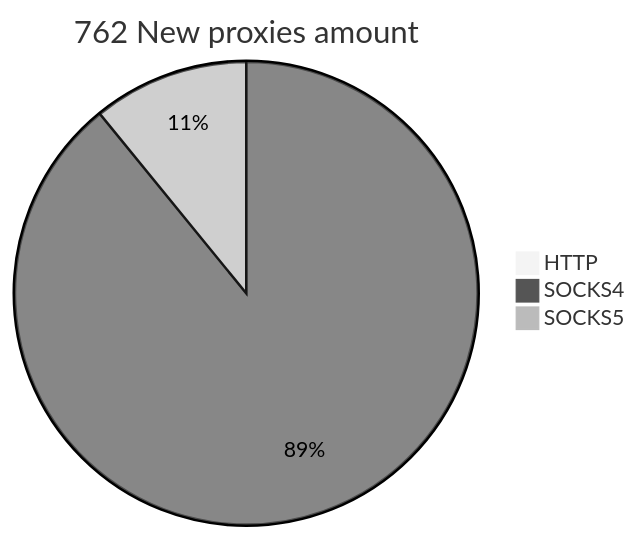
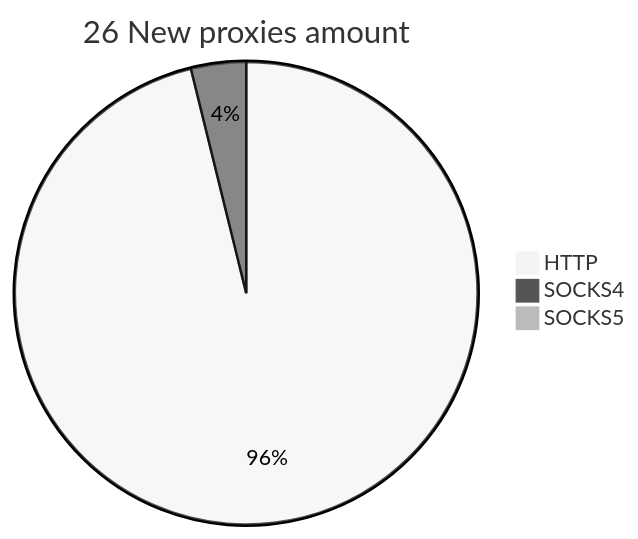
Before and after one commit to cutipu/proxylist: the second of 2 diagrams in README.md, drawn with Mermaid (neutral theme). The commit also changed other lines of this file, not shown here.

````diff
--- a/README.md
+++ b/README.md
@@ -10,6 +10,6 @@
 ```mermaid
-pie title 762 New proxies amount
-    "HTTP" : 0
-    "SOCKS4" : 679
-    "SOCKS5" : 83
+pie title 26 New proxies amount
+    "HTTP" : 25
+    "SOCKS4" : 1
+    "SOCKS5" : 0
 ```
````
